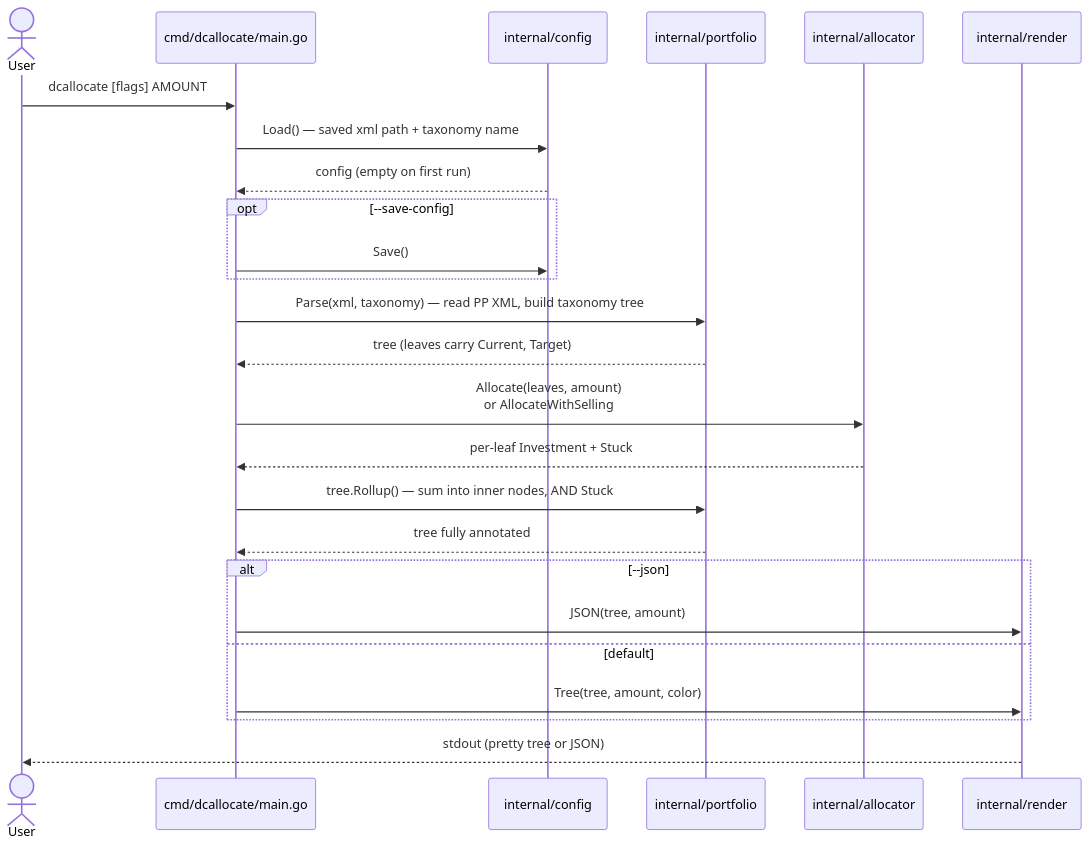
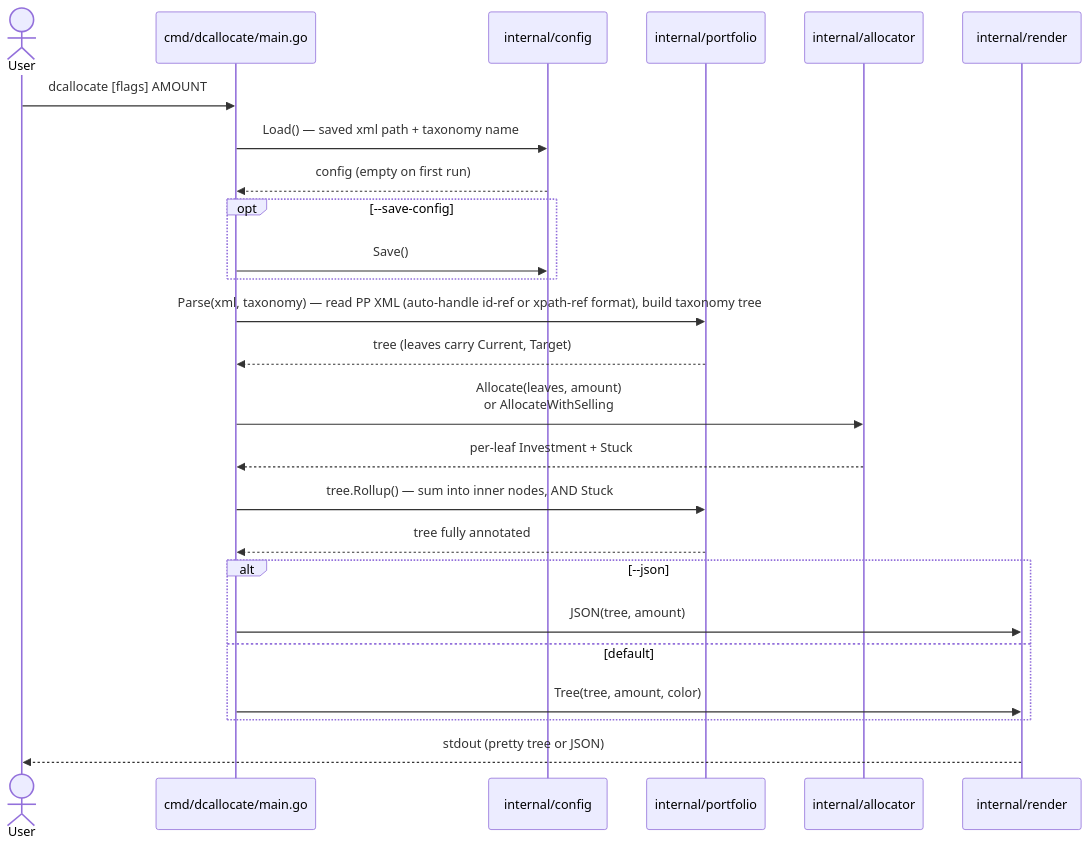
One commit to Konilo/dcallocate changed the diagram in README.md. Above: the diagram before and after it, drawn with Mermaid. The commit also changed other lines of this file and 6 other files, not shown here.

First line of the commit message:
fix: parse PP files saved in XPath-references mode (#23)

````diff
--- a/README.md
+++ b/README.md
@@ -150,28 +150,28 @@
 ```mermaid
 sequenceDiagram
     actor User
     participant main as cmd/dcallocate/main.go
     participant config as internal/config
     participant portfolio as internal/portfolio
     participant allocator as internal/allocator
     participant render as internal/render
 
     User->>main: dcallocate [flags] AMOUNT
     main->>config: Load() — saved xml path + taxonomy name
     config-->>main: config (empty on first run)
     opt --save-config
         main->>config: Save()
     end
-    main->>portfolio: Parse(xml, taxonomy) — read PP XML, build taxonomy tree
+    main->>portfolio: Parse(xml, taxonomy) — read PP XML (auto-handle id-ref or xpath-ref format), build taxonomy tree
     portfolio-->>main: tree (leaves carry Current, Target)
     main->>allocator: Allocate(leaves, amount)<br/>or AllocateWithSelling
     allocator-->>main: per-leaf Investment + Stuck
     main->>portfolio: tree.Rollup() — sum into inner nodes, AND Stuck
     portfolio-->>main: tree fully annotated
     alt --json
         main->>render: JSON(tree, amount)
     else default
         main->>render: Tree(tree, amount, color)
     end
     render-->>User: stdout (pretty tree or JSON)
 ```
````
